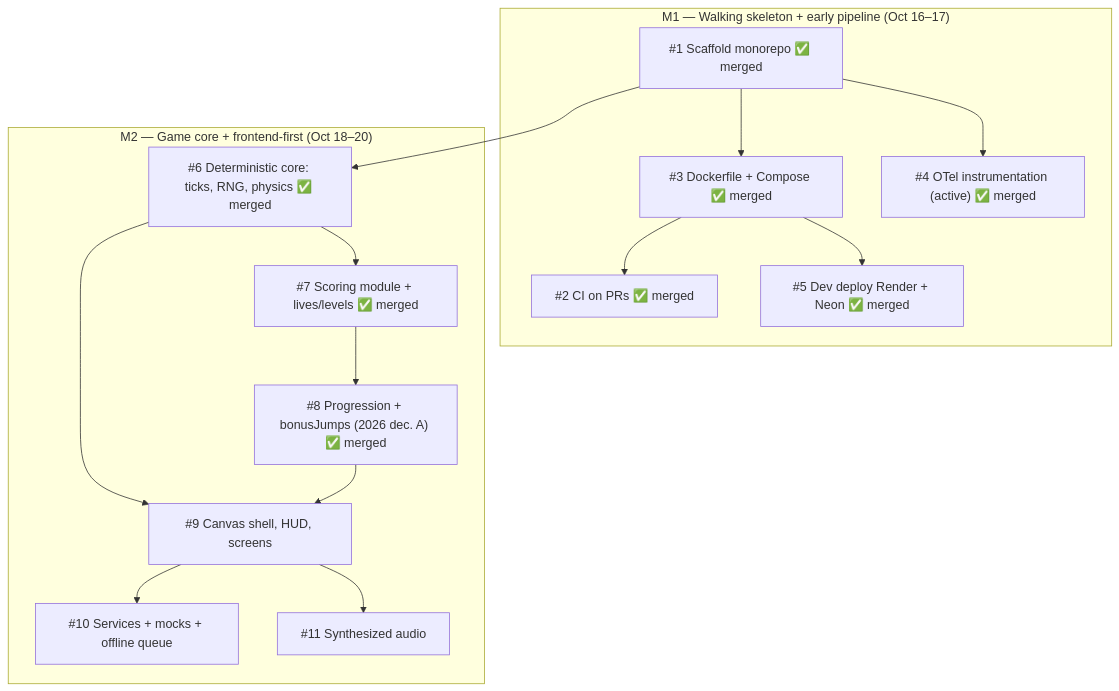
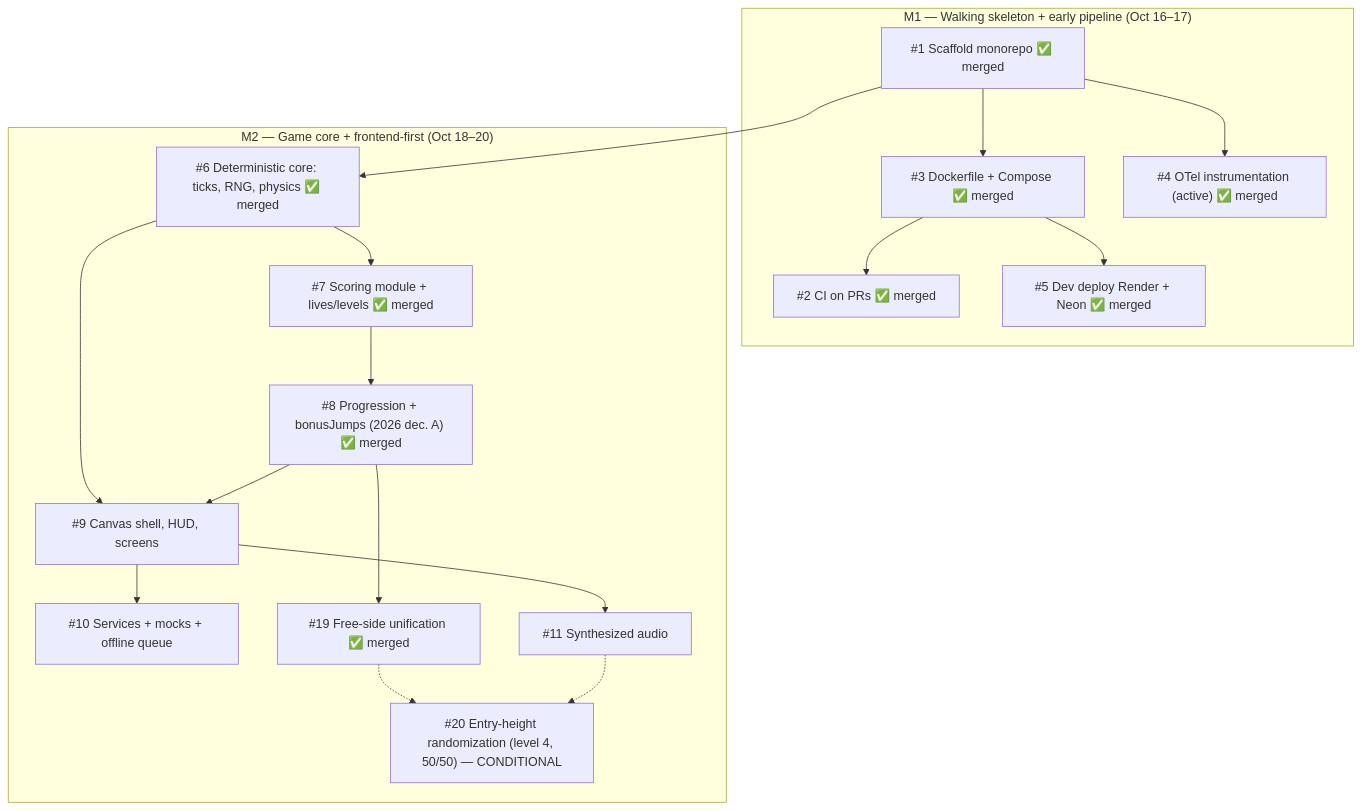
One commit to lucapug/clown-circus-reloaded changed the diagram in _docs/backlog.md. Above: the diagram before and after it, drawn with Mermaid.

Commit message:
Backlog map: #19 merged; #20 conditional added (dotted, after #11 + schedule condition)

````diff
--- a/_docs/backlog.md
+++ b/_docs/backlog.md
@@ -7,32 +7,37 @@
 ```mermaid
 graph TD
     subgraph M1["M1 — Walking skeleton + early pipeline (Oct 16–17)"]
         I1["#1 Scaffold monorepo ✅ merged"]
     I2["#2 CI on PRs ✅ merged"]
         I3["#3 Dockerfile + Compose ✅ merged"]
     I4["#4 OTel instrumentation (active) ✅ merged"]
     I5["#5 Dev deploy Render + Neon ✅ merged"]
     end
 
     subgraph M2["M2 — Game core + frontend-first (Oct 18–20)"]
         I6["#6 Deterministic core: ticks, RNG, physics ✅ merged"]
         I7["#7 Scoring module + lives/levels ✅ merged"]
         I8["#8 Progression + bonusJumps (2026 dec. A) ✅ merged"]
         I9["#9 Canvas shell, HUD, screens"]
         I10["#10 Services + mocks + offline queue"]
         I11["#11 Synthesized audio"]
+        I19["#19 Free-side unification ✅ merged"]
+        I20["#20 Entry-height randomization (level 4, 50/50) — CONDITIONAL"]
     end
 
     I1 --> I3
     I1 --> I4
     I3 --> I2
     I3 --> I5
 
     I1 --> I6
     I6 --> I7
     I7 --> I8
     I6 --> I9
     I8 --> I9
     I9 --> I10
     I9 --> I11
+    I8 --> I19
+    I19 -.-> I20
+    I11 -.-> I20
 ```
````
